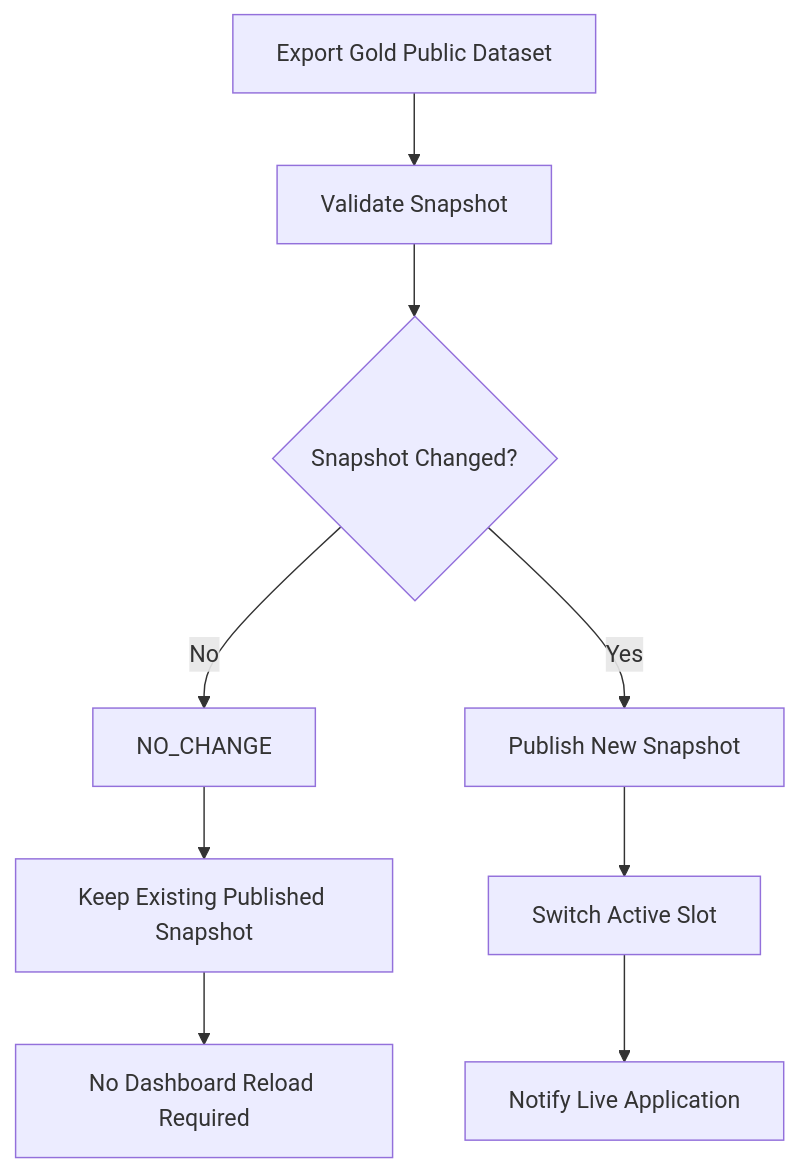
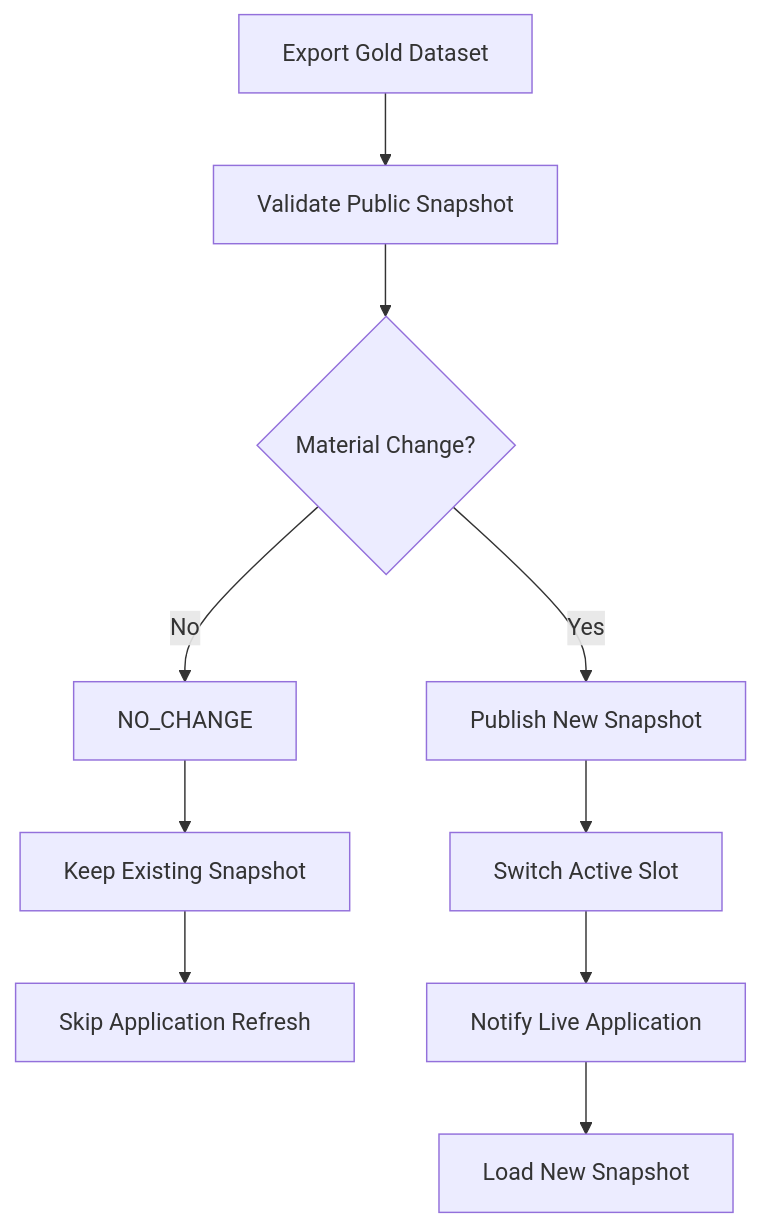
One commit to kamilkenny/greater-manchester-skills-opportunity-intelligence changed the eighth of 10 diagrams in README.md. Above: the diagram before and after it, drawn with Mermaid. The commit also changed other lines of this file, not shown here.

````diff
--- a/README.md
+++ b/README.md
@@ -615,15 +905,23 @@
 ```mermaid
 flowchart TD
 
-    A[Export Gold Public Dataset] --> B[Validate Snapshot]
+    A[Export Gold Dataset]
 
-    B --> C{Snapshot Changed?}
+    A --> B[Validate Public Snapshot]
+
+    B --> C{Material Change?}
 
     C -- No --> D[NO_CHANGE]
-    D --> E[Keep Existing Published Snapshot]
-    E --> F[No Dashboard Reload Required]
+
+    D --> E[Keep Existing Snapshot]
+
+    E --> F[Skip Application Refresh]
 
     C -- Yes --> G[Publish New Snapshot]
+
     G --> H[Switch Active Slot]
+
     H --> I[Notify Live Application]
+
+    I --> J[Load New Snapshot]
 ```
````
